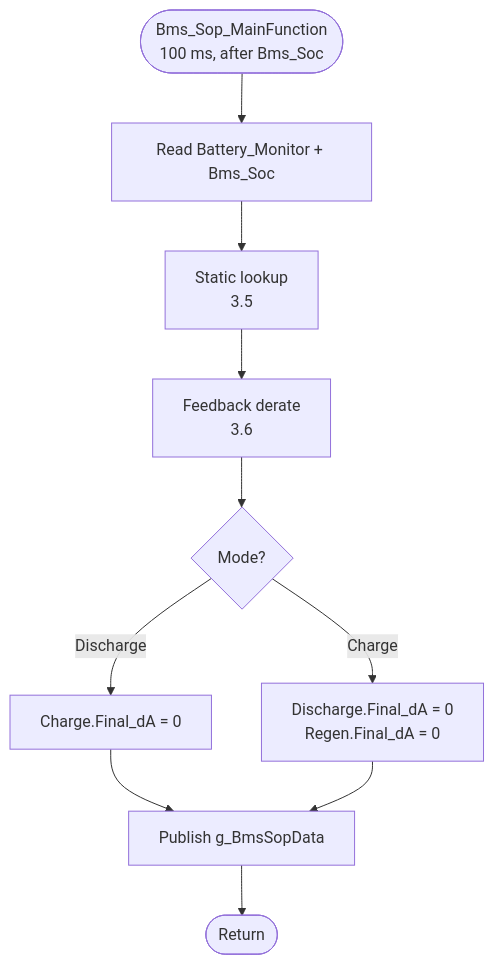
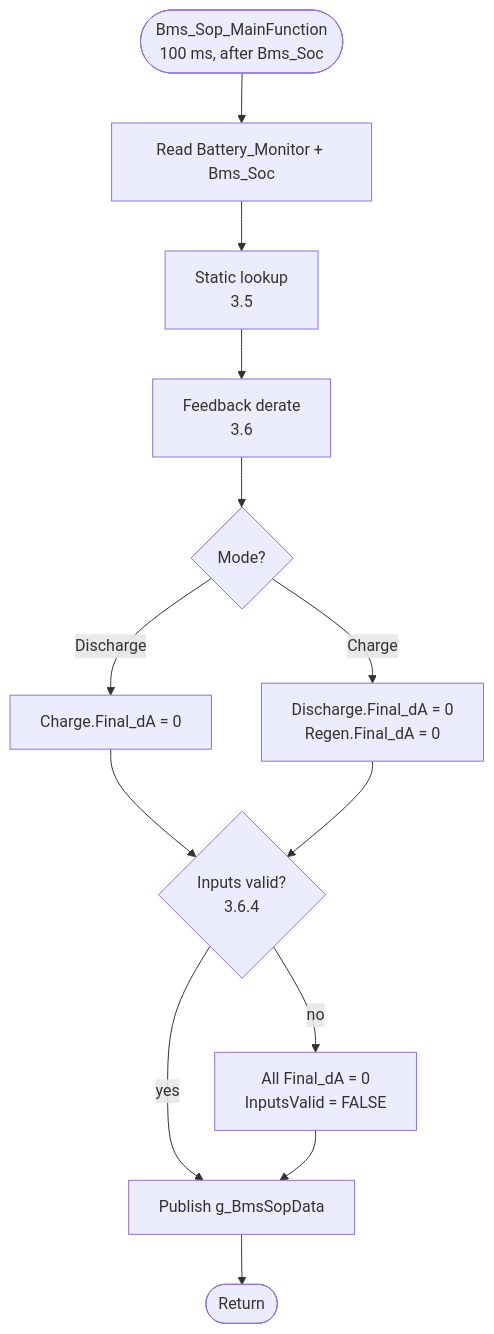
Before and after one commit to jsivolt/BMS_demo: the fifth of 6 diagrams in src/battery/SOP_DESIGN.md, drawn with Mermaid. The commit also changed other lines of this file and 8 other files, not shown here.

````diff
--- a/src/battery/SOP_DESIGN.md
+++ b/src/battery/SOP_DESIGN.md
@@ -449,12 +477,15 @@
 ```mermaid
 flowchart TD
     START(["Bms_Sop_MainFunction<br/>100 ms, after Bms_Soc"]) --> INPUTS["Read Battery_Monitor + Bms_Soc"]
     INPUTS --> STATIC["Static lookup<br/>3.5"]
     STATIC --> DER["Feedback derate<br/>3.6"]
     DER --> MODE{"Mode?"}
     MODE -->|"Discharge"| DISCH["Charge.Final_dA = 0"]
     MODE -->|"Charge"| CHG["Discharge.Final_dA = 0<br/>Regen.Final_dA = 0"]
-    DISCH --> PUB["Publish g_BmsSopData"]
-    CHG --> PUB
+    DISCH --> GATE{"Inputs valid?<br/>3.6.4"}
+    CHG --> GATE
+    GATE -->|"yes"| PUB["Publish g_BmsSopData"]
+    GATE -->|"no"| ZERO["All Final_dA = 0<br/>InputsValid = FALSE"]
+    ZERO --> PUB
     PUB --> DONE(["Return"])
 ```
````
